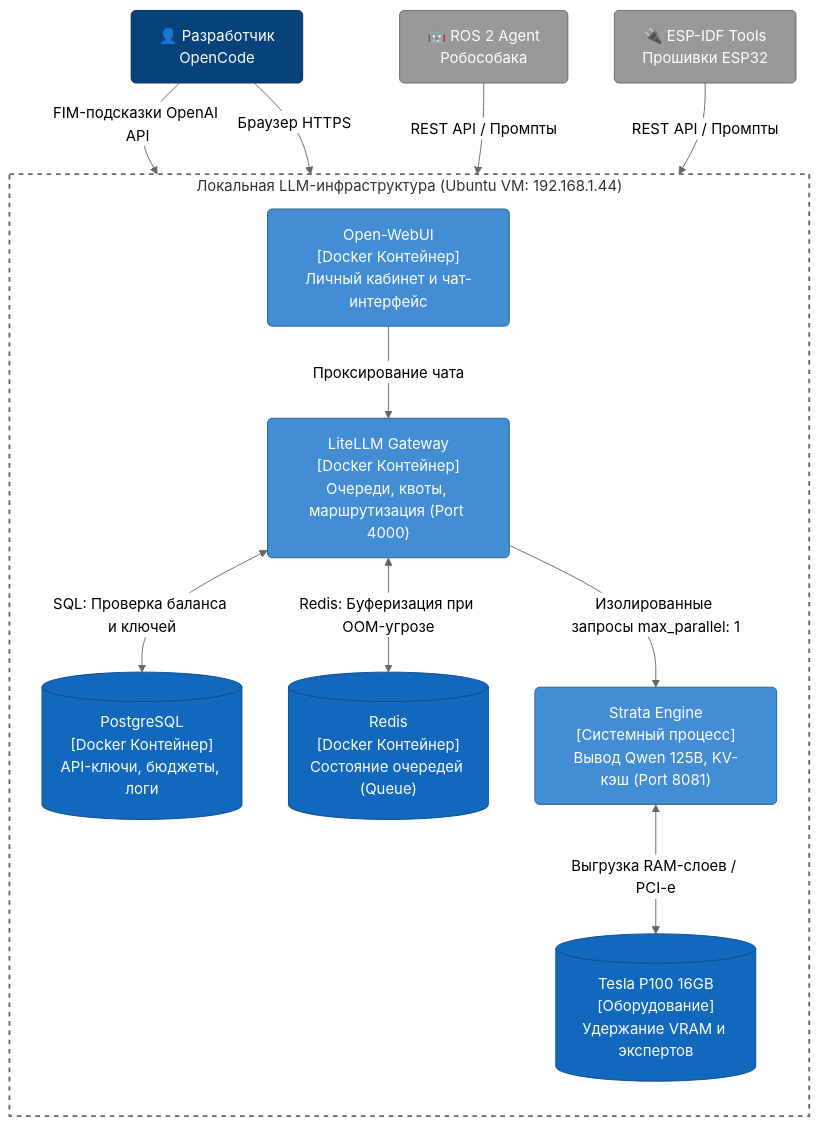
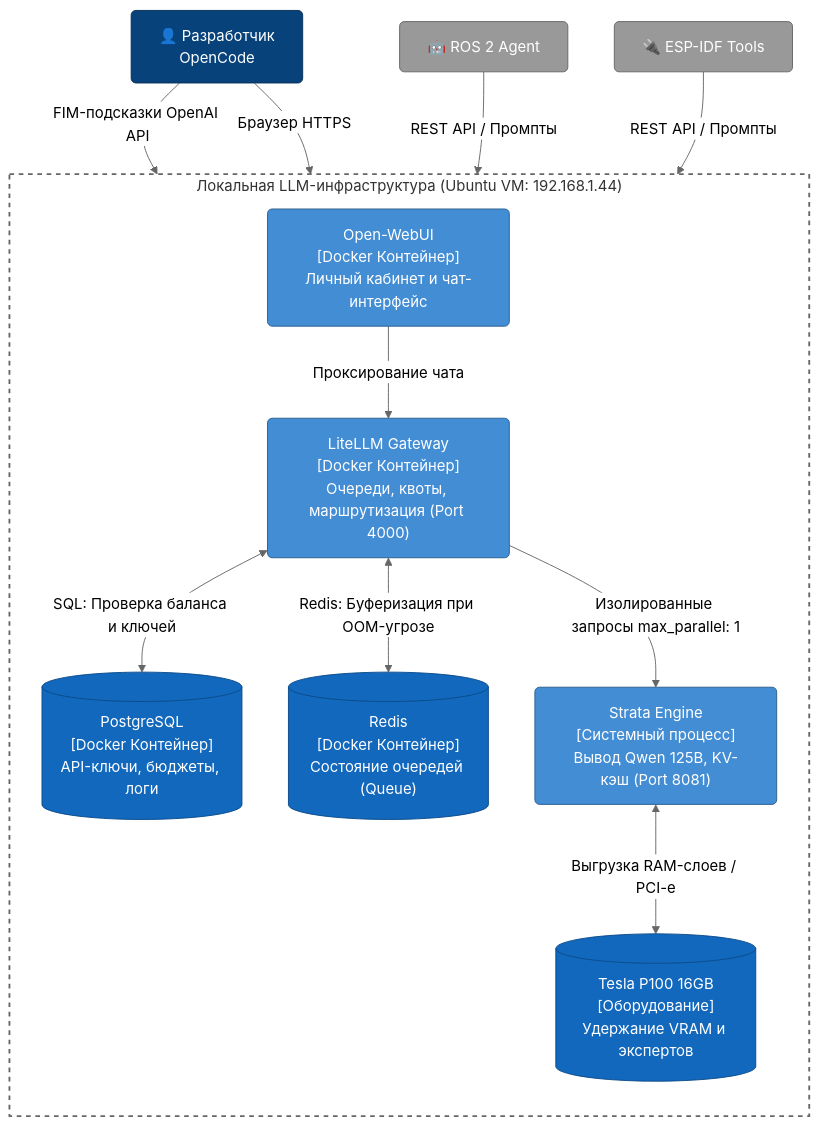
One commit to geksogen/LLM_local_inference changed the diagram in README.md. Above: the diagram before and after it, drawn with Mermaid (neutral theme).

Commit message:
add C4 arch

````diff
--- a/README.md
+++ b/README.md
@@ -26,44 +26,44 @@
 ```mermaid
 flowchart TB
   %% Определение стилей для архитектуры C4
   classDef person fill:#08427b,stroke:#052e56,color:#fff,rx:5px,ry:5px
   classDef container fill:#438dd5,stroke:#2a5e8f,color:#fff,rx:5px,ry:5px
   classDef database fill:#1168bd,stroke:#0b4b8a,color:#fff,rx:5px,ry:5px
   classDef external fill:#999999,stroke:#666666,color:#fff,rx:5px,ry:5px
   classDef boundary fill:none,stroke:#666,stroke-width:2px,stroke-dasharray: 5 5
 
   %% Внешние системы и пользователи
   Dev["👤 Разработчик<br>OpenCode"]:::person
-  ROS2["🤖 ROS 2 Agent<br>Робособака"]:::external
-  ESP["🔌 ESP-IDF Tools<br>Прошивки ESP32"]:::external
+  ROS2["🤖 ROS 2 Agent"]:::external
+  ESP["🔌 ESP-IDF Tools"]:::external
 
   subgraph SystemBoundary ["Локальная LLM-инфраструктура (Ubuntu VM: 192.168.1.44)"]
     direction TB
 
     WebUI["Open-WebUI<br>[Docker Контейнер]<br>Личный кабинет и чат-интерфейс"]:::container
 
     LiteLLM["LiteLLM Gateway<br>[Docker Контейнер]<br>Очереди, квоты, маршрутизация (Port 4000)"]:::container
 
     Redis[("Redis<br>[Docker Контейнер]<br>Состояние очередей (Queue)")]:::database
     Postgres[("PostgreSQL<br>[Docker Контейнер]<br>API-ключи, бюджеты, логи")]:::database
 
     Strata["Strata Engine<br>[Системный процесс]<br>Вывод Qwen 125B, KV-кэш (Port 8081)"]:::container
     GPU[("Tesla P100 16GB<br>[Оборудование]<br>Удержание VRAM и экспертов")]:::database
   end
 
   %% Связи с безопасным синтаксисом
   Dev -- "FIM-подсказки OpenAI API" --> LiteLLM
   Dev -- "Браузер HTTPS" --> WebUI
   ROS2 -- "REST API / Промпты" --> LiteLLM
   ESP -- "REST API / Промпты" --> LiteLLM
 
   WebUI -- "Проксирование чата" --> LiteLLM
 
   LiteLLM <-- "SQL: Проверка баланса и ключей" --> Postgres
   LiteLLM <-- "Redis: Буферизация при OOM-угрозе" --> Redis
   LiteLLM -- "Изолированные запросы max_parallel: 1" --> Strata
 
   Strata <-- "Выгрузка RAM-слоев / PCI-e" --> GPU
 
   class SystemBoundary boundary
 ```
````
